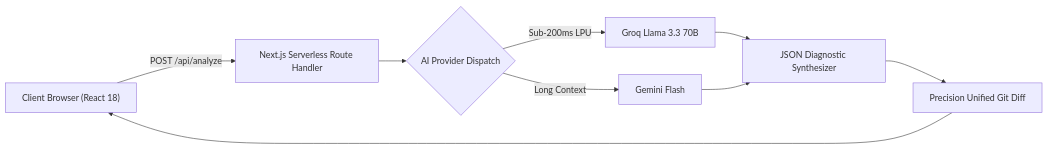
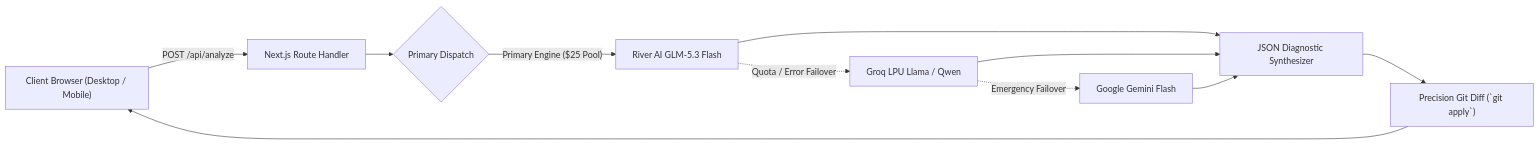
Before and after one commit to Ahmad-glowex/tracelens-ai: the diagram in README.md, drawn with Mermaid. The commit also changed other lines of this file and 4 other files, not shown here.

Commit message:
feat: integrate River AI GLM-5.3 Flash as primary engine (5 pool), with cascading Groq/Gemini failover and responsive mobile/desktop UI

````diff
--- a/README.md
+++ b/README.md
@@ -41,11 +42,13 @@
 ```mermaid
 flowchart LR
-    A["Client Browser (React 18)"] -->|"POST /api/analyze"| B["Next.js Serverless Route Handler"]
-    B --> C{"AI Provider Dispatch"}
-    C -->|"Sub-200ms LPU"| D["Groq Llama 3.3 70B"]
-    C -->|"Long Context"| E["Gemini Flash"]
-    D --> F["JSON Diagnostic Synthesizer"]
-    E --> F
-    F --> G["Precision Unified Git Diff"]
-    G --> A
+    A["Client Browser (Desktop / Mobile)"] -->|"POST /api/analyze"| B["Next.js Route Handler"]
+    B --> C{"Primary Dispatch"}
+    C -->|"Primary Engine ($25 Pool)"| D["River AI GLM-5.3 Flash"]
+    D -.->|"Quota / Error Failover"| E["Groq LPU Llama / Qwen"]
+    E -.->|"Emergency Failover"| F["Google Gemini Flash"]
+    D --> G["JSON Diagnostic Synthesizer"]
+    E --> G
+    F --> G
+    G --> H["Precision Git Diff (`git apply`)"]
+    H --> A
 ```
````
